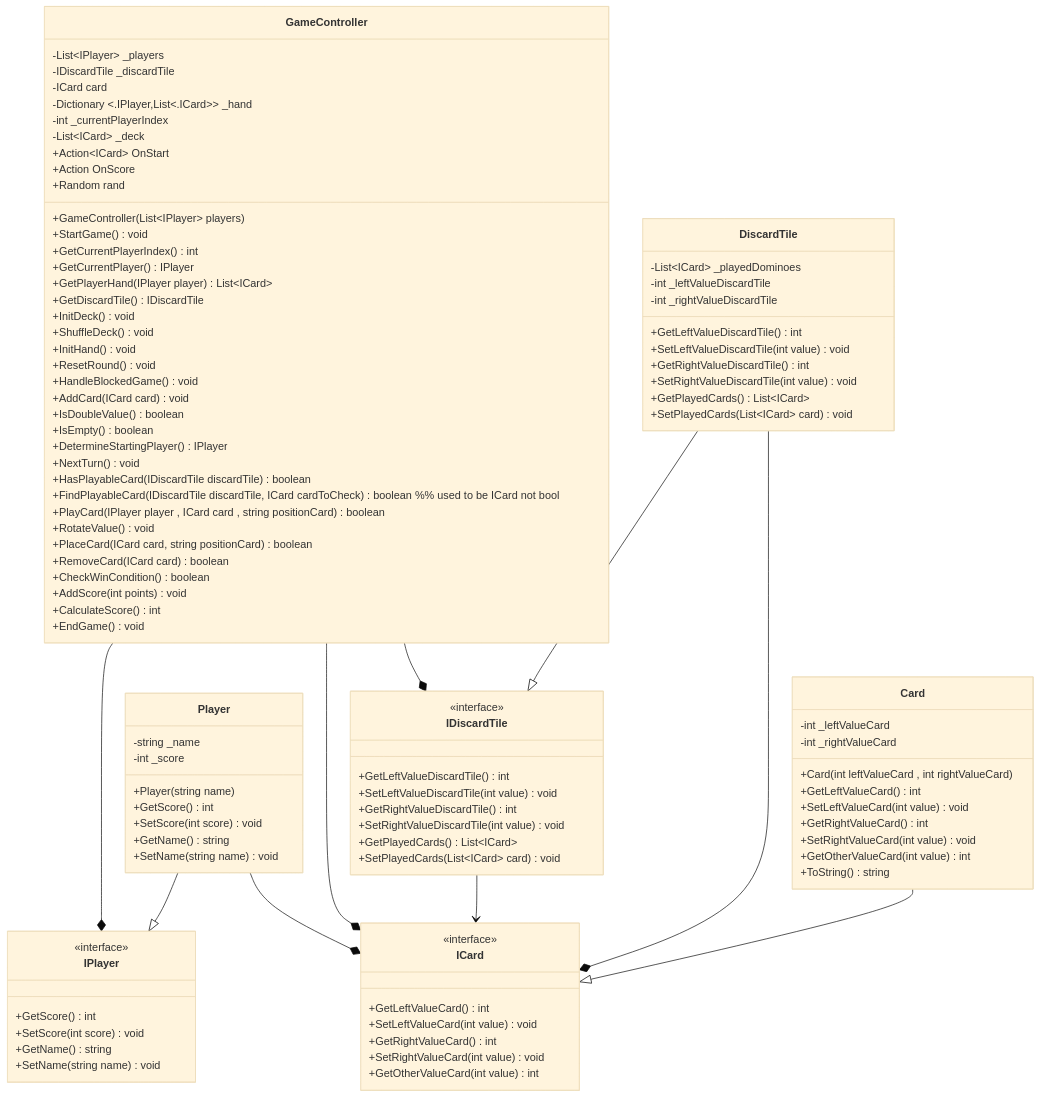
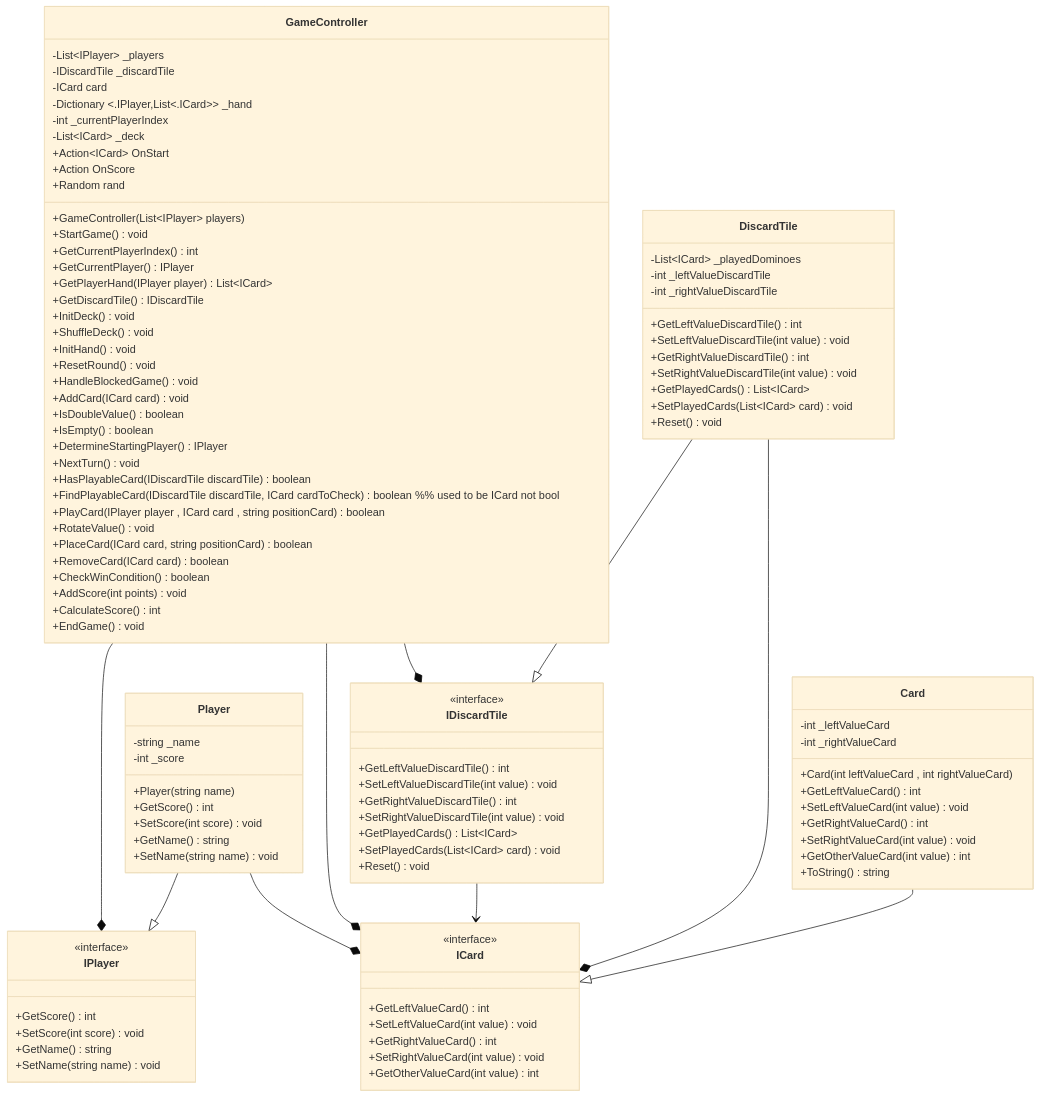
Before and after one commit to allanbil214/DominoWPF: the diagram in DominoWPF/diagram/diagram.mmd, drawn with Mermaid (base theme). The commit also changed 19 other files, not shown here.

```diff
--- a/DominoWPF/diagram/diagram.mmd
+++ b/DominoWPF/diagram/diagram.mmd
@@ -1,106 +1,108 @@
 classDiagram
 class GameController {
     -List~IPlayer~ _players
     -IDiscardTile _discardTile 
     -ICard card
     -Dictionary <.IPlayer,List<.ICard>> _hand
     -int _currentPlayerIndex
     -List~ICard~ _deck
     +Action~ICard~ OnStart
     +Action OnScore
     +Random rand
     +GameController(List~IPlayer~ players)
     +StartGame() void
     %% new func not in class diagram
     +GetCurrentPlayerIndex() int
     +GetCurrentPlayer() IPlayer
     +GetPlayerHand(IPlayer player) List~ICard~
     +GetDiscardTile() IDiscardTile
     +InitDeck() void
     +ShuffleDeck() void
     +InitHand() void
     +ResetRound() void
     +HandleBlockedGame() void
     %% end of new func not in class diagram
     +AddCard(ICard card) void
     +IsDoubleValue() boolean
     +IsEmpty() boolean
     +DetermineStartingPlayer() IPlayer
     +NextTurn() void
     +HasPlayableCard(IDiscardTile discardTile) boolean
     +FindPlayableCard(IDiscardTile discardTile, ICard cardToCheck) boolean %% used to be ICard not bool
     +PlayCard(IPlayer player , ICard card , string positionCard) boolean
     +RotateValue() void 
     +PlaceCard(ICard card, string positionCard) boolean  
     +RemoveCard(ICard card) boolean
     +CheckWinCondition() boolean
     +AddScore(int points) void
     +CalculateScore() int
     +EndGame() void
 }
 class Player {
     -string _name
     -int _score
     +Player(string name)
     +GetScore() int
     +SetScore(int score) void
     +GetName() string
     +SetName(string name) void
 }
 class Card {
     -int _leftValueCard
     -int _rightValueCard
     +Card(int leftValueCard , int rightValueCard)
     +GetLeftValueCard() int
     +SetLeftValueCard(int value) void
     +GetRightValueCard() int
     +SetRightValueCard(int value) void
     +GetOtherValueCard(int value) int
     +ToString() string
 }
 class DiscardTile {
     -List~ICard~ _playedDominoes 
     -int _leftValueDiscardTile
     -int _rightValueDiscardTile
     +GetLeftValueDiscardTile() int
     +SetLeftValueDiscardTile(int value) void
     +GetRightValueDiscardTile() int
     +SetRightValueDiscardTile(int value) void
     +GetPlayedCards() List~ICard~
     +SetPlayedCards(List~ICard~ card) void
+    +Reset() void
 }
 class IDiscardTile {
     <<interface>>
     +GetLeftValueDiscardTile() int
     +SetLeftValueDiscardTile(int value) void
     +GetRightValueDiscardTile() int
     +SetRightValueDiscardTile(int value) void
     +GetPlayedCards() List~ICard~
     +SetPlayedCards(List~ICard~ card) void
+    +Reset() void
 }
 class IPlayer {
     <<interface>>
     +GetScore() int
     +SetScore(int score) void
     +GetName() string
     +SetName(string name) void
 }
 class ICard {
     <<interface>>
     +GetLeftValueCard() int
     +SetLeftValueCard(int value) void
     +GetRightValueCard() int
     +SetRightValueCard(int value) void
     +GetOtherValueCard(int value) int
 }
 %%implementasi
 DiscardTile --|> IDiscardTile
 Player --|> IPlayer
 Card --|> ICard
 %%assosiation
 DiscardTile --* ICard
 IDiscardTile --> ICard
 GameController --* IPlayer
 GameController --* IDiscardTile
 GameController --* ICard
 Player --* ICard
```
